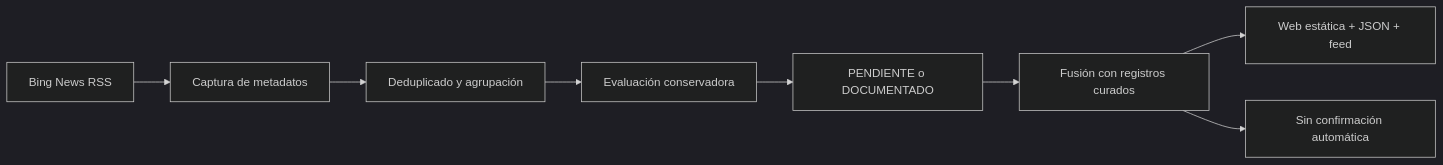
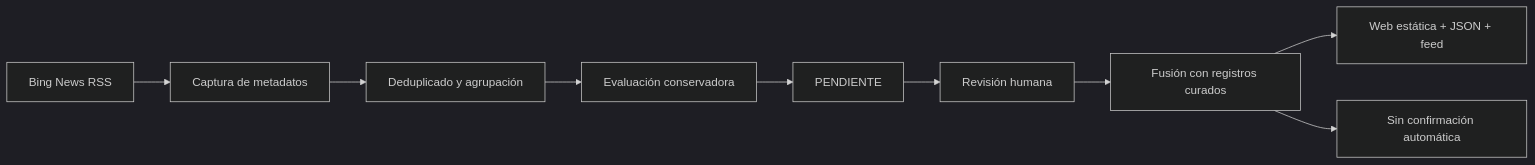
One commit to mcasrom/zona-gris-atlas changed the diagram in README.md. Above: the diagram before and after it, drawn with Mermaid (dark theme). The commit also changed other lines of this file and 21 other files, not shown here.

````diff
--- a/README.md
+++ b/README.md
@@ -45,10 +45,11 @@
 ```mermaid
 flowchart LR
   A[Bing News RSS] --> B[Captura de metadatos]
   B --> C[Deduplicado y agrupación]
   C --> D[Evaluación conservadora]
-  D --> E[PENDIENTE o DOCUMENTADO]
-  E --> F[Fusión con registros curados]
+  D --> E[PENDIENTE]
+  E --> H[Revisión humana]
+  H --> F[Fusión con registros curados]
   F --> G[Web estática + JSON + feed]
   F --> X[Sin confirmación automática]
 ```
````
